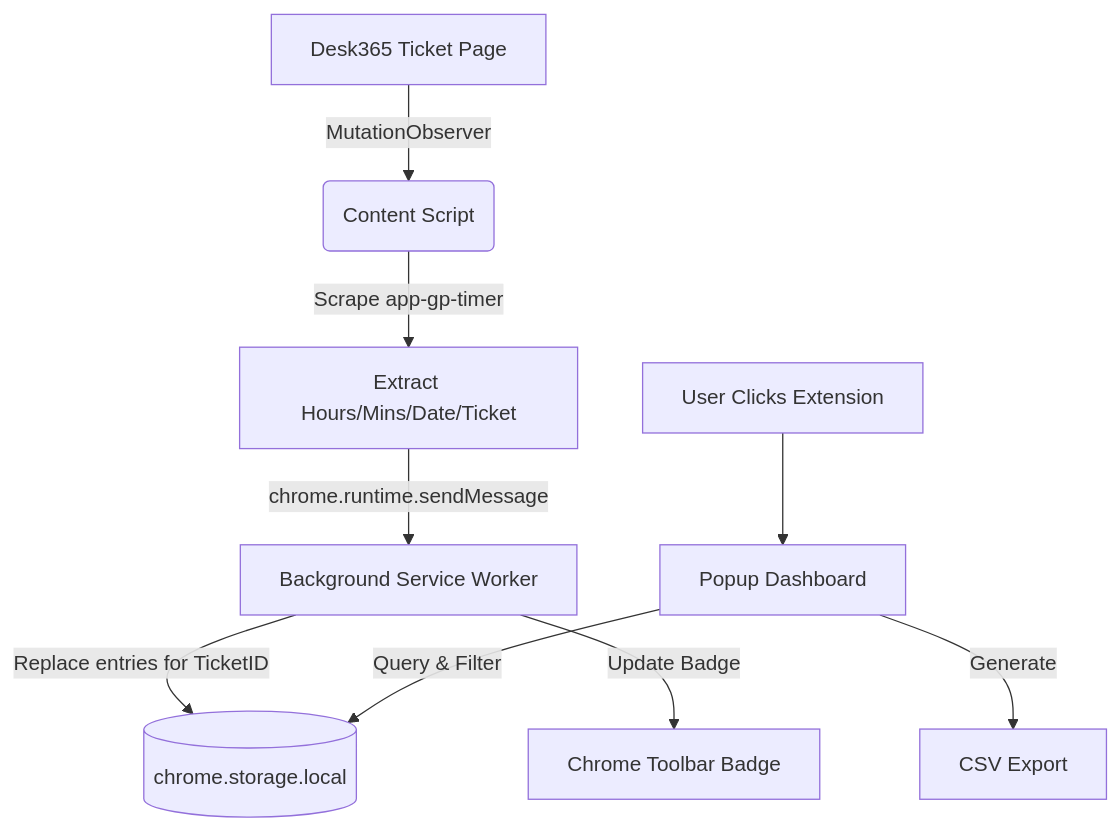
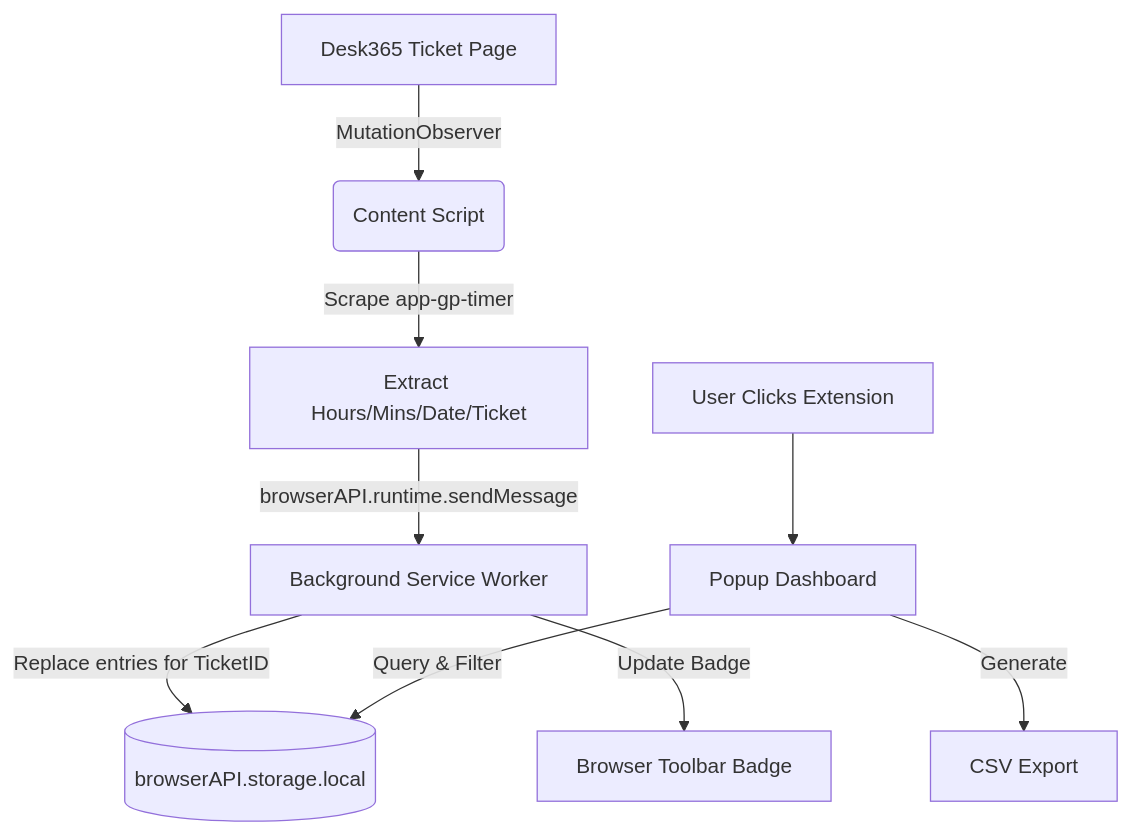
One commit to gabrielupcott/time-keeper changed the diagram in plans/architecture.md. Above: the diagram before and after it, drawn with Mermaid. The commit also changed other lines of this file and 14 other files, not shown here.

````diff
--- a/plans/architecture.md
+++ b/plans/architecture.md
@@ -69,12 +70,12 @@
 ```mermaid
 graph TD
     A[Desk365 Ticket Page] -->|MutationObserver| B(Content Script)
     B -->|Scrape app-gp-timer| D[Extract Hours/Mins/Date/Ticket]
-    D -->|chrome.runtime.sendMessage| E[Background Service Worker]
-    E -->|Replace entries for TicketID| F[(chrome.storage.local)]
-    E -->|Update Badge| G[Chrome Toolbar Badge]
+    D -->|browserAPI.runtime.sendMessage| E[Background Service Worker]
+    E -->|Replace entries for TicketID| F[(browserAPI.storage.local)]
+    E -->|Update Badge| G[Browser Toolbar Badge]
     
     H[User Clicks Extension] --> I[Popup Dashboard]
     I -->|Query & Filter| F
     I -->|Generate| J[CSV Export]
 ```
````
